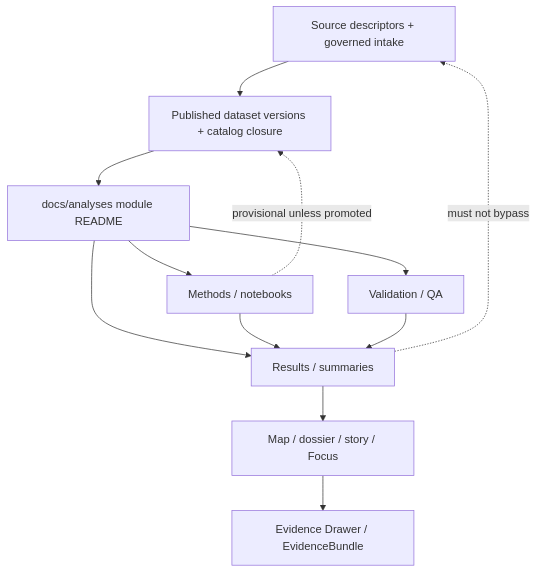
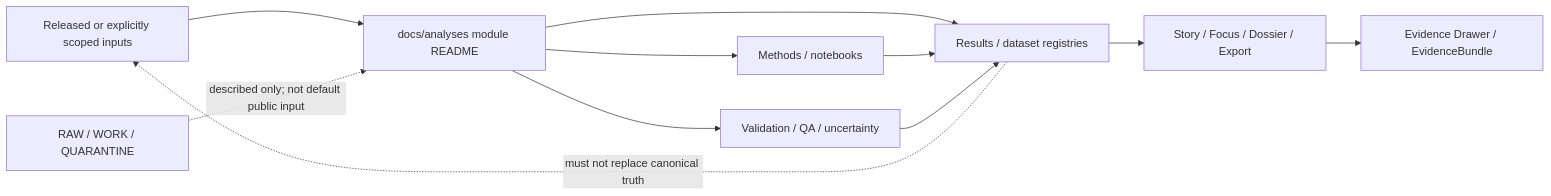
The diagram in docs/analyses/README.md (bartytime4life/Kansas-Frontier-Matrix), drawn with Mermaid before and after one commit. The commit also changed other lines of this file, not shown here.

First line of the commit message:
Revise README.md for analyses documentation updates

````diff
--- a/docs/analyses/README.md
+++ b/docs/analyses/README.md
@@ -140,14 +148,13 @@
 ```mermaid
-flowchart TD
-  A["Source descriptors + governed intake"] --> B["Published dataset versions + catalog closure"]
-  B --> C["docs/analyses module README"]
-  C --> D["Methods / notebooks"]
-  C --> E["Results / summaries"]
-  C --> F["Validation / QA"]
-  D --> E
-  F --> E
-  E --> G["Map / dossier / story / Focus"]
-  G --> H["Evidence Drawer / EvidenceBundle"]
-  D -. provisional unless promoted .-> B
-  E -. must not bypass .-> A
+flowchart LR
+  A["Released or explicitly scoped inputs"] --> B["docs/analyses module README"]
+  B --> C["Methods / notebooks"]
+  B --> D["Results / dataset registries"]
+  B --> E["Validation / QA / uncertainty"]
+  C --> D
+  E --> D
+  D --> F["Story / Focus / Dossier / Export"]
+  F --> G["Evidence Drawer / EvidenceBundle"]
+  H["RAW / WORK / QUARANTINE"] -. described only; not default public input .-> B
+  D -. must not replace canonical truth .-> A
 ```
````
